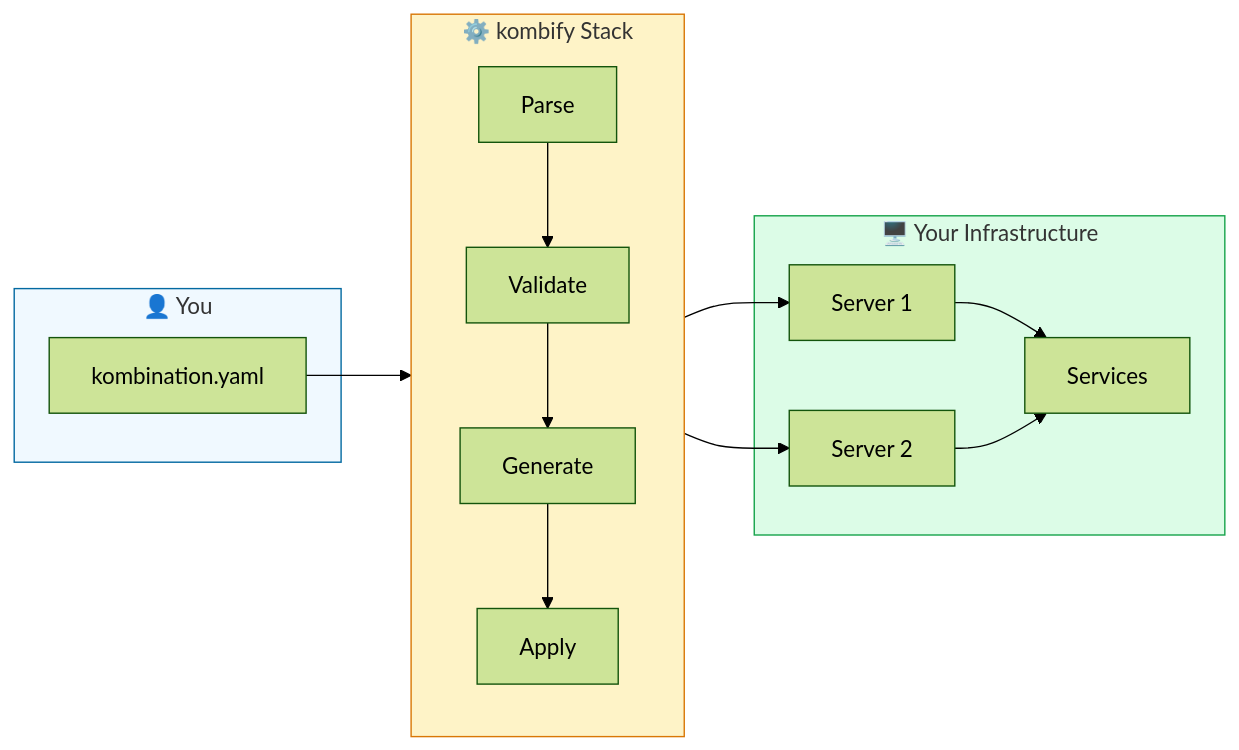
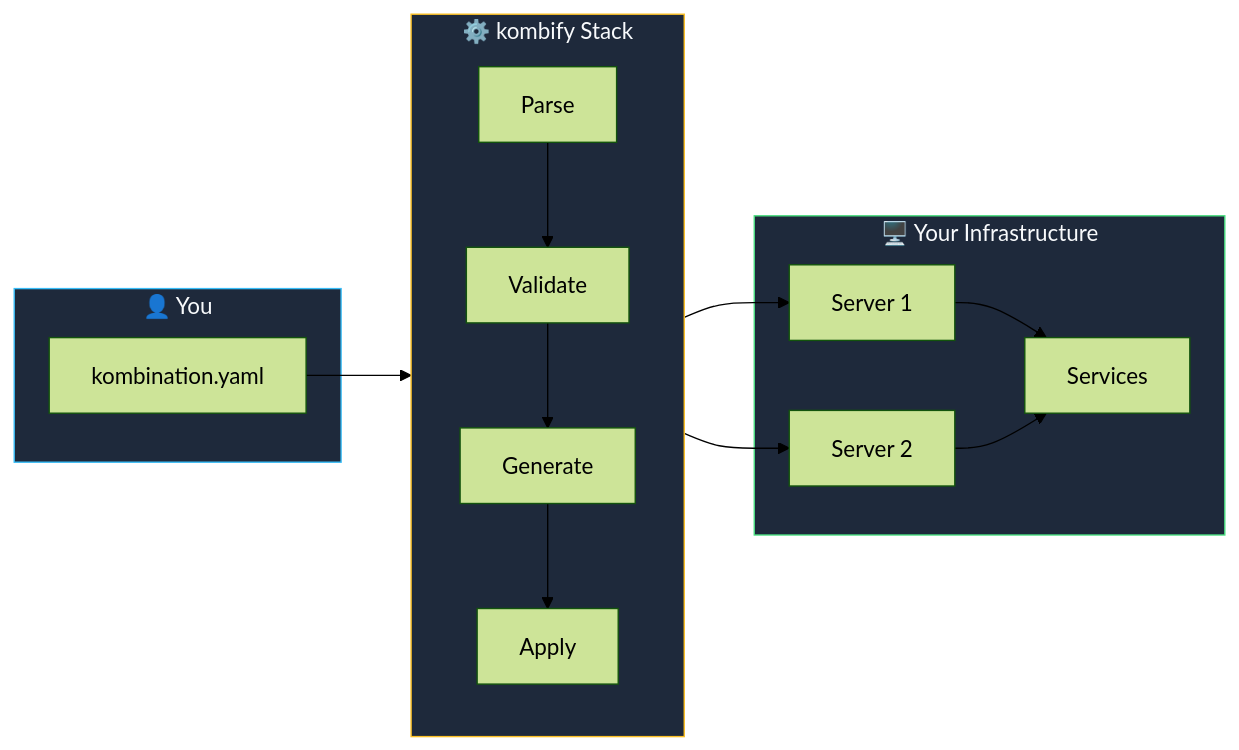
The second of 2 diagrams in introduction.mdx (KombiverseLabs/docs), drawn with Mermaid (forest theme) before and after one commit. The commit also changed other lines of this file and 33 other files, not shown here.

````diff
--- a/introduction.mdx
+++ b/introduction.mdx
@@ -129,29 +129,29 @@
 ```mermaid
 flowchart LR
     subgraph User["👤 You"]
         YAML["kombination.yaml"]
     end
     
     subgraph Kombify["⚙️ kombify Stack"]
         direction TB
         Parse["Parse"]
         Validate["Validate"]
         Generate["Generate"]
         Apply["Apply"]
         Parse --> Validate --> Generate --> Apply
     end
     
     subgraph Infrastructure["🖥️ Your Infrastructure"]
         Node1["Server 1"]
         Node2["Server 2"]
         Services["Services"]
     end
     
     YAML --> Parse
     Apply --> Node1 & Node2
     Node1 & Node2 --> Services
     
-    style User fill:#f0f9ff,stroke:#0369a1
-    style Kombify fill:#fef3c7,stroke:#d97706
-    style Infrastructure fill:#dcfce7,stroke:#16a34a
+    style User fill:#1e293b,stroke:#38bdf8,color:#f8fafc
+    style Kombify fill:#1e293b,stroke:#fbbf24,color:#f8fafc
+    style Infrastructure fill:#1e293b,stroke:#4ade80,color:#f8fafc
 ```
````
